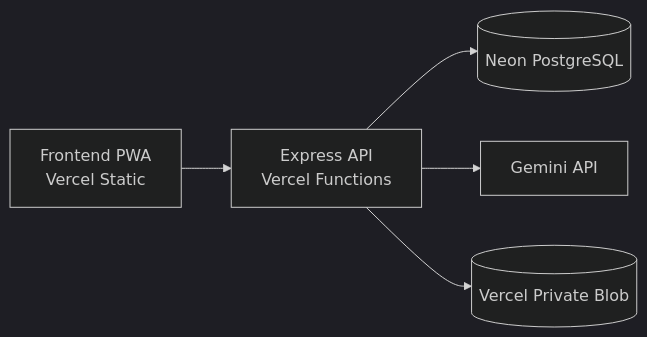
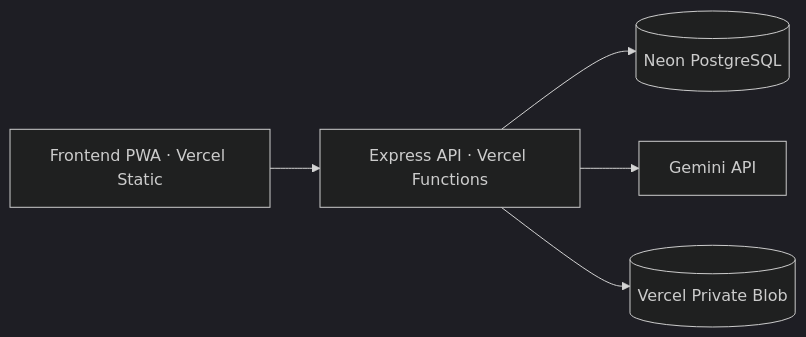
One commit to dimascn18-dotcom/MeaningEdu changed the diagram in README.md. Above: the diagram before and after it, drawn with Mermaid (dark theme). The commit also changed other lines of this file and 10 other files, not shown here.

````diff
--- a/README.md
+++ b/README.md
@@ -7,7 +16,7 @@
 ```mermaid
 flowchart LR
-  P[Frontend PWA<br>Vercel Static] --> A[Express API<br>Vercel Functions]
+  P["Frontend PWA · Vercel Static"] --> A["Express API · Vercel Functions"]
   A --> N[(Neon PostgreSQL)]
   A --> G[Gemini API]
   A --> B[(Vercel Private Blob)]
 ```
````
